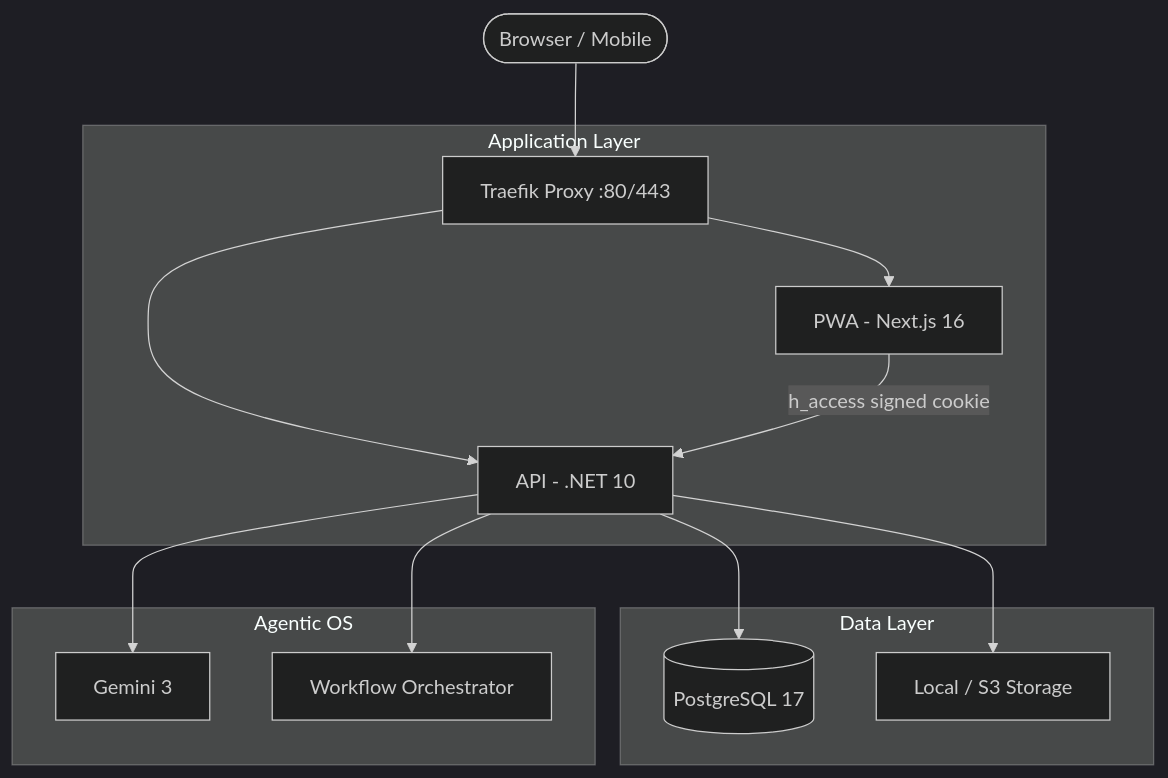
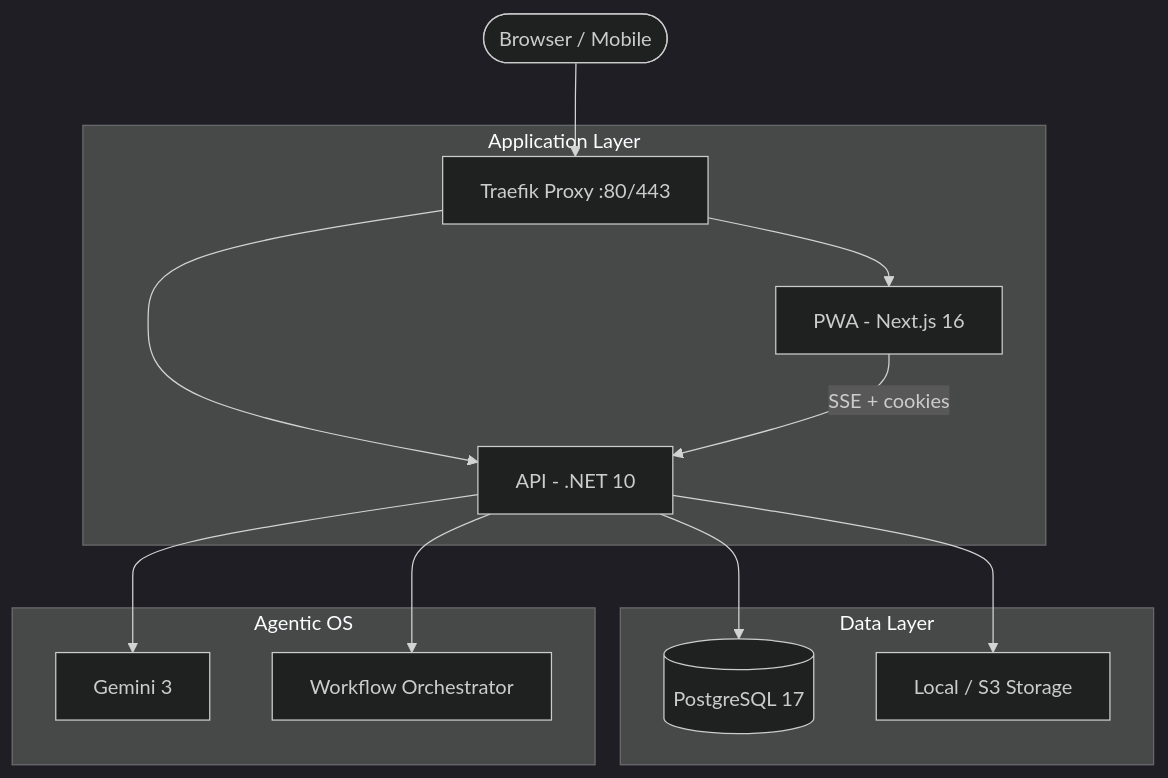
Before and after one commit to AlexandreBrisebois/whats-for-supper: the diagram in README.md, drawn with Mermaid (dark theme). The commit also changed other lines of this file and 442 other files, not shown here.

````diff
--- a/README.md
+++ b/README.md
@@ -15,21 +15,21 @@
 ```mermaid
 graph TD
     User([Browser / Mobile]) --> Traefik[Traefik Proxy :80/443]
-    
+
     subgraph "Application Layer"
         Traefik --> PWA[PWA - Next.js 16]
         Traefik --> API[API - .NET 10]
     end
-    
+
     subgraph "Data Layer"
         API --> DB[(PostgreSQL 17)]
         API --> Storage[Local / S3 Storage]
     end
-    
+
     subgraph "Agentic OS"
         API --> Gemini[Gemini 3]
         API --> Workflow[Workflow Orchestrator]
     end
-    
-    PWA -- h_access signed cookie --> API
+
+    PWA -- SSE + cookies --> API
 ```
````
